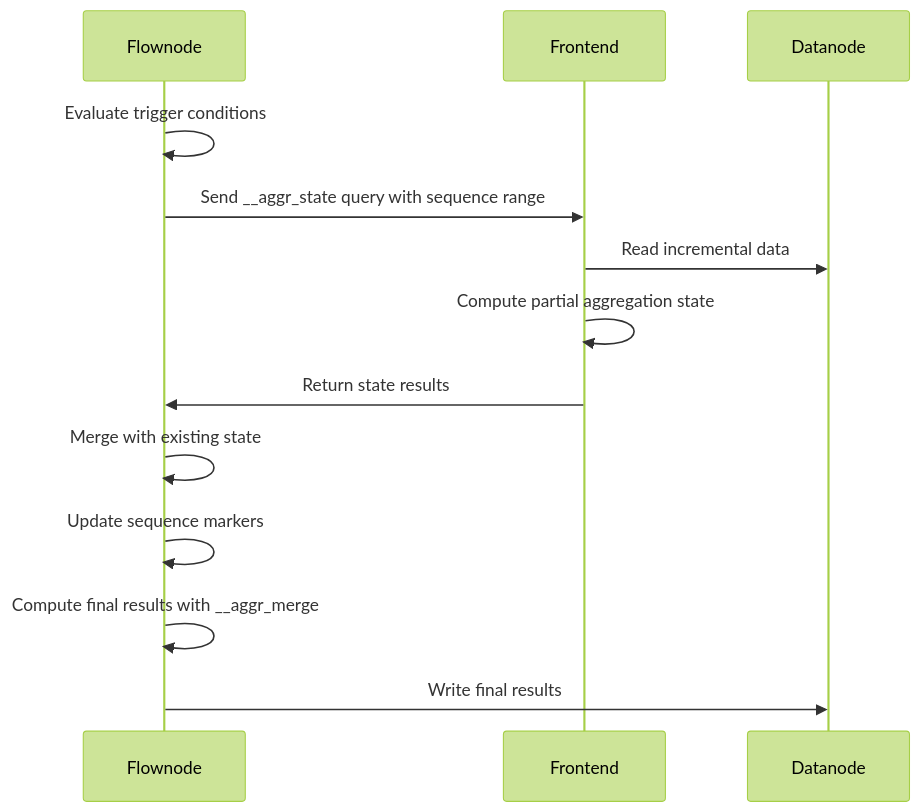
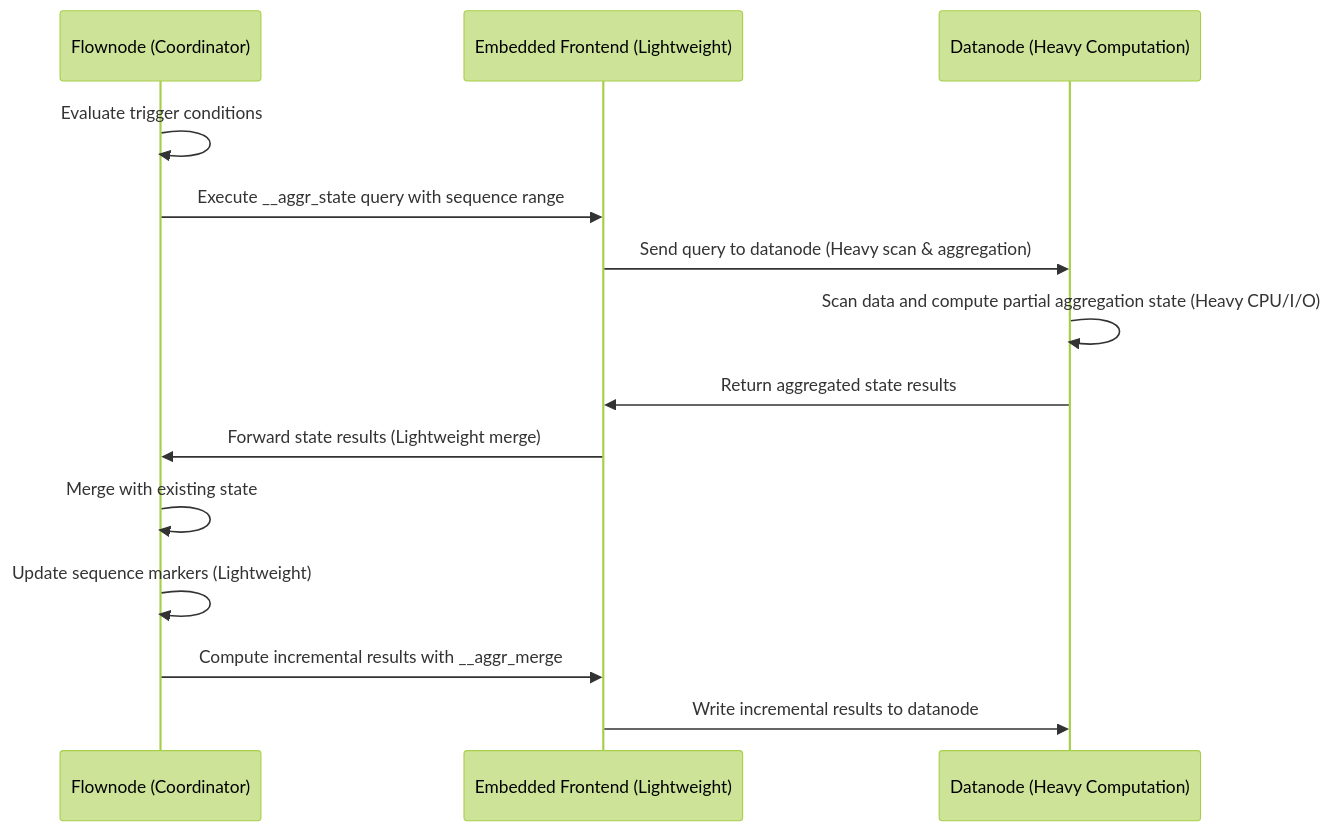
One commit to GreptimeTeam/greptimedb changed the second of 3 diagrams in docs/rfcs/2025-09-08-luminar-flow.md. Above: the diagram before and after it, drawn with Mermaid (forest theme). The commit also changed other lines of this file, not shown here.

Commit message:
refactor: use embed frontend per review

````diff
--- a/docs/rfcs/2025-09-08-luminar-flow.md
+++ b/docs/rfcs/2025-09-08-luminar-flow.md
@@ -132,16 +123,17 @@
 ```mermaid
 sequenceDiagram
-    participant F as Flownode
-    participant FE as Frontend
-    participant DN as Datanode
+    participant F as Flownode (Coordinator)
+    participant EF as Embedded Frontend (Lightweight)
+    participant DN as Datanode (Heavy Computation)
     
     F->>F: Evaluate trigger conditions
-    F->>FE: Send __aggr_state query with sequence range
-    FE->>DN: Read incremental data
-    FE->>FE: Compute partial aggregation state
-    FE->>F: Return state results
+    F->>EF: Execute __aggr_state query with sequence range
+    EF->>DN: Send query to datanode (Heavy scan & aggregation)
+    DN->>DN: Scan data and compute partial aggregation state (Heavy CPU/I/O)
+    DN->>EF: Return aggregated state results
+    EF->>F: Forward state results (Lightweight merge)
     F->>F: Merge with existing state
-    F->>F: Update sequence markers
-    F->>F: Compute final results with __aggr_merge
-    F->>DN: Write final results
+    F->>F: Update sequence markers (Lightweight)
+    F->>EF: Compute incremental results with __aggr_merge
+    EF->>DN: Write incremental results to datanode
 ```
````
